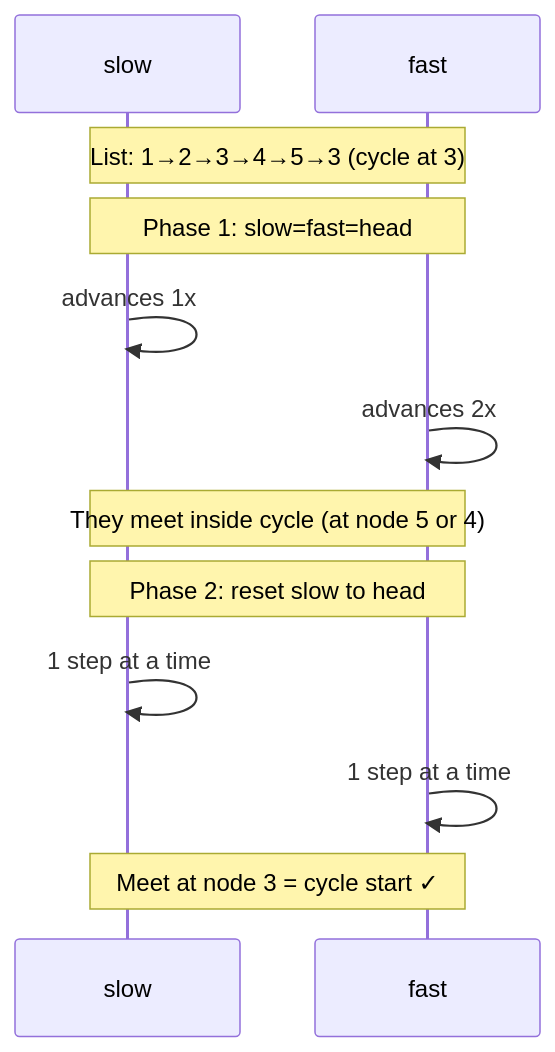
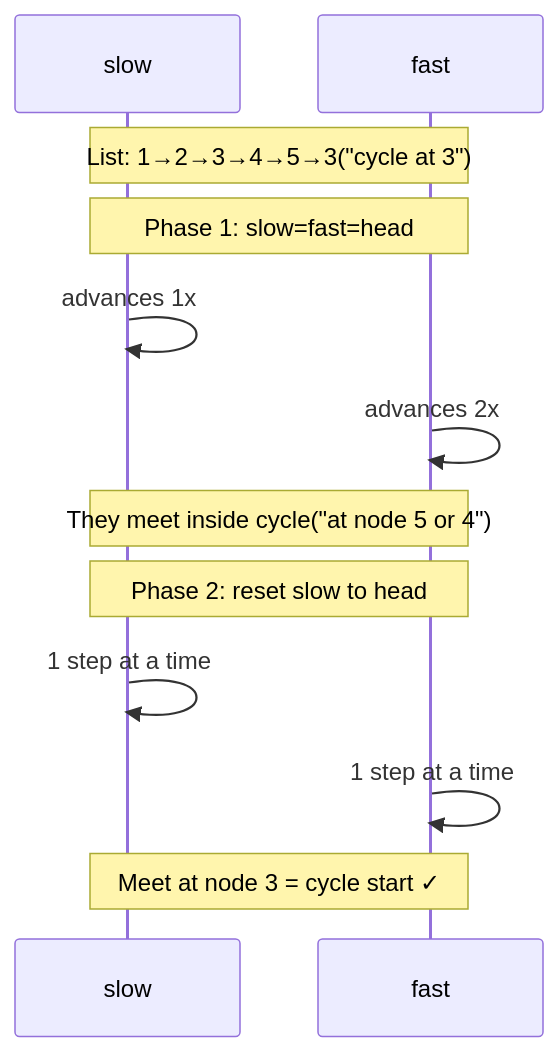
One commit to pploc/swe-icon-the-moment changed the diagram in content/questions/fundamentals/cycle-detection-linked-list.md. Above: the diagram before and after it, drawn with Mermaid. The commit also changed 167 other files, not shown here.

````diff
--- a/content/questions/fundamentals/cycle-detection-linked-list.md
+++ b/content/questions/fundamentals/cycle-detection-linked-list.md
@@ -33,12 +33,13 @@
 ```mermaid
 sequenceDiagram
-    Note over slow,fast: List: 1→2→3→4→5→3 (cycle at 3)
+    Note over slow,fast: List: 1→2→3→4→5→3("cycle at 3")
     Note over slow,fast: Phase 1: slow=fast=head
     slow->>slow: advances 1x
     fast->>fast: advances 2x
-    Note over slow,fast: They meet inside cycle (at node 5 or 4)
+    Note over slow,fast: They meet inside cycle("at node 5 or 4")
     Note over slow,fast: Phase 2: reset slow to head
     slow->>slow: 1 step at a time
     fast->>fast: 1 step at a time
     Note over slow,fast: Meet at node 3 = cycle start ✓
+
 ```
````
